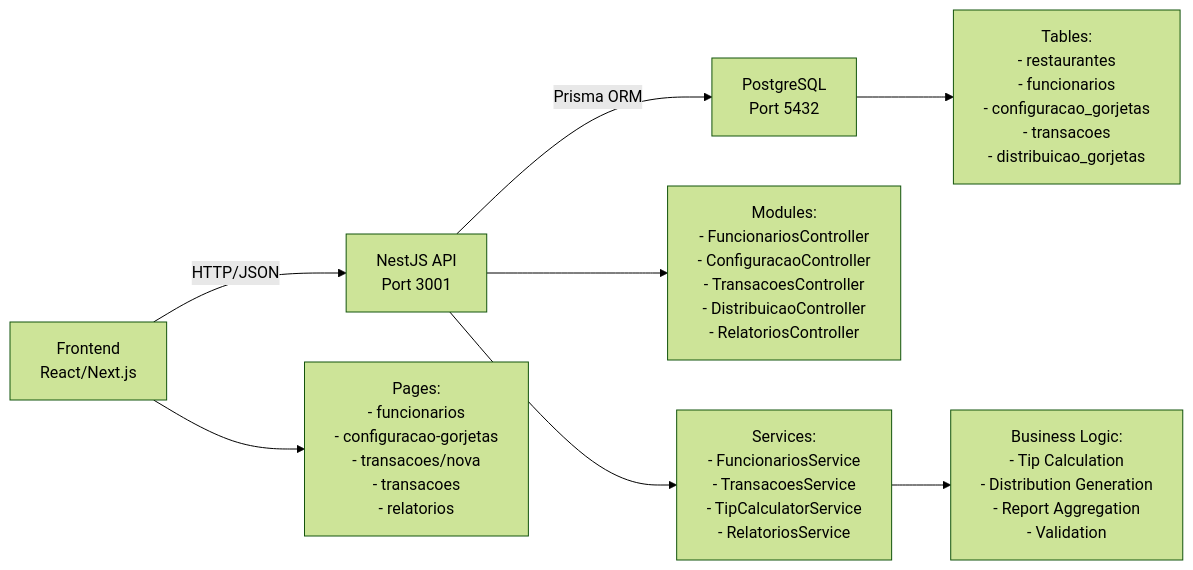
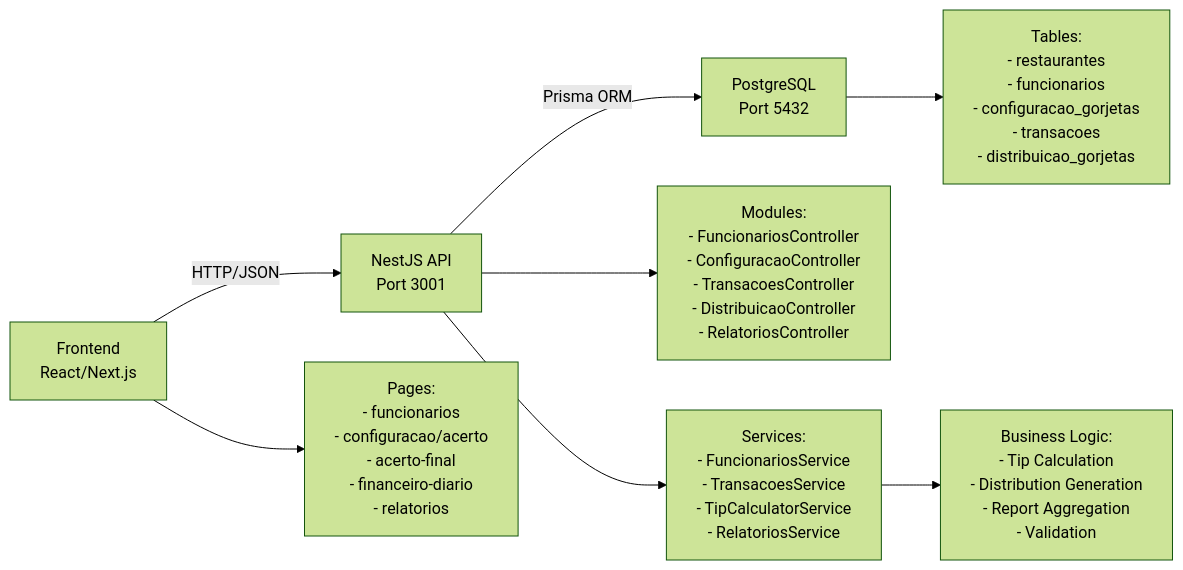
One commit to yourlabpt/pwa_gorjetas changed the fourth of 5 diagrams in docs/flow-diagram.md. Above: the diagram before and after it, drawn with Mermaid (forest theme). The commit also changed other lines of this file and 86 other files, not shown here.

````diff
--- a/docs/flow-diagram.md
+++ b/docs/flow-diagram.md
@@ -95,15 +95,15 @@
 ```mermaid
 graph LR
     A["Frontend<br/>React/Next.js"] -->|HTTP/JSON| B["NestJS API<br/>Port 3001"]
     B -->|Prisma ORM| C["PostgreSQL<br/>Port 5432"]
     
-    A --> A1["Pages:<br/>- funcionarios<br/>- configuracao-gorjetas<br/>- transacoes/nova<br/>- transacoes<br/>- relatorios"]
+    A --> A1["Pages:<br/>- funcionarios<br/>- configuracao/acerto<br/>- acerto-final<br/>- financeiro-diario<br/>- relatorios"]
     
     B --> B1["Modules:<br/>- FuncionariosController<br/>- ConfiguracaoController<br/>- TransacoesController<br/>- DistribuicaoController<br/>- RelatoriosController"]
     
     B --> B2["Services:<br/>- FuncionariosService<br/>- TransacoesService<br/>- TipCalculatorService<br/>- RelatoriosService"]
     
     C --> C1["Tables:<br/>- restaurantes<br/>- funcionarios<br/>- configuracao_gorjetas<br/>- transacoes<br/>- distribuicao_gorjetas"]
     
     B2 --> B2A["Business Logic:<br/>- Tip Calculation<br/>- Distribution Generation<br/>- Report Aggregation<br/>- Validation"]
 ```
````
